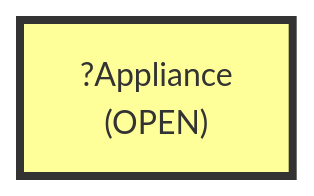
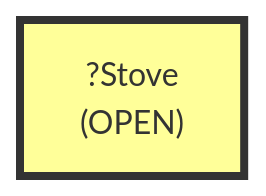
Before and after one commit to scuama/virtualhome: the tenth of 17 diagrams in evaluation/results/table2/robostate/scale/S7/E_MULTI_G02_S7/run_E_MULTI_G02_S7.md, drawn with Mermaid (base theme). The commit also changed other lines of this file and 108 other files, not shown here.

````diff
--- a/evaluation/results/table2/robostate/scale/S7/E_MULTI_G02_S7/run_E_MULTI_G02_S7.md
+++ b/evaluation/results/table2/robostate/scale/S7/E_MULTI_G02_S7/run_E_MULTI_G02_S7.md
@@ -799,5 +836,5 @@
 ```mermaid
 graph TD
-    N1["?Appliance<br>(OPEN)"]
+    N1["?Stove<br>(OPEN)"]
     style N1 fill:#ff9,stroke:#333,stroke-width:4px
 ```
````
